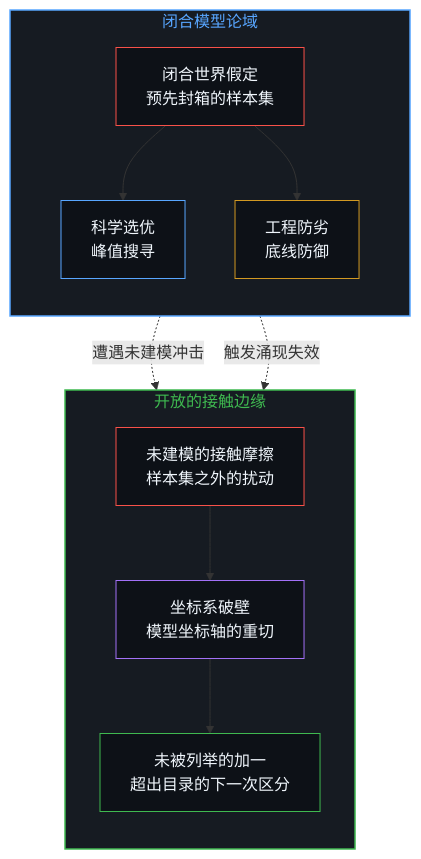
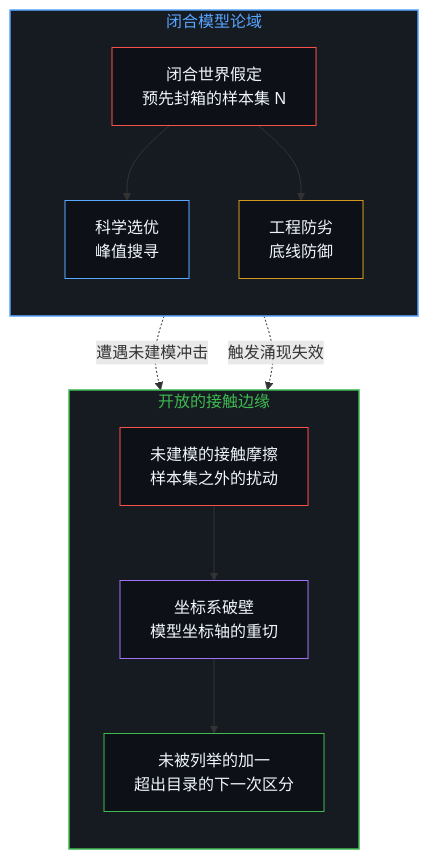
Before and after one commit to powerpig99/not-a-toe: the first of 4 diagrams in content/posts/the-closed-n-and-the-open-reality.md, drawn with Mermaid. The commit also changed other lines of this file and 4 other files, not shown here.

````diff
--- a/content/posts/the-closed-n-and-the-open-reality.md
+++ b/content/posts/the-closed-n-and-the-open-reality.md
@@ -17,29 +17,29 @@
 ```mermaid
 flowchart TD
     subgraph S_CLOSED[" 闭合模型论域 "]
         direction TB
         SCI["科学选优<br/>峰值搜寻"]
         ENG["工程防劣<br/>底线防御"]
-        ASSUMP["闭合世界假定<br/>预先封箱的样本集"]
+        ASSUMP["闭合世界假定<br/>预先封箱的样本集 N"]
     end
     subgraph S_REALITY[" 开放的接触边缘 "]
         direction TB
         FRICTION["未建模的接触摩擦<br/>样本集之外的扰动"]
         RUPTURE["坐标系破壁<br/>模型坐标轴的重切"]
         INFINITY["未被列举的加一<br/>超出目录的下一次区分"]
     end
     ASSUMP --> SCI
     ASSUMP --> ENG
     SCI -.->|遭遇未建模冲击| FRICTION
     ENG -.->|触发涌现失效| FRICTION
     FRICTION --> RUPTURE
     RUPTURE --> INFINITY
     style S_CLOSED fill:#161b22,stroke:#58a6ff,stroke-width:1.5px,color:#58a6ff
     style S_REALITY fill:#161b22,stroke:#3fb950,stroke-width:1.5px,color:#3fb950
     style SCI fill:#0d1117,stroke:#58a6ff,stroke-width:1px,color:#f0f6fc
     style ENG fill:#0d1117,stroke:#d29922,stroke-width:1px,color:#f0f6fc
     style ASSUMP fill:#0d1117,stroke:#f85149,stroke-width:1px,color:#f0f6fc
     style FRICTION fill:#0d1117,stroke:#f85149,stroke-width:1px,color:#f0f6fc
     style RUPTURE fill:#0d1117,stroke:#a371f7,stroke-width:1px,color:#f0f6fc
     style INFINITY fill:#0d1117,stroke:#3fb950,stroke-width:1px,color:#f0f6fc
 ```
````
